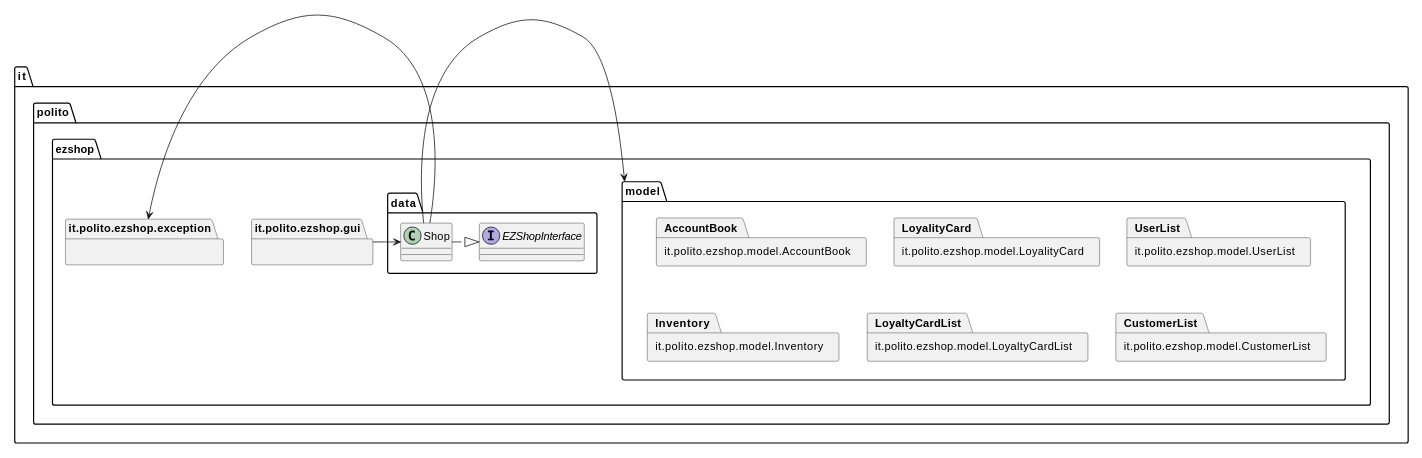
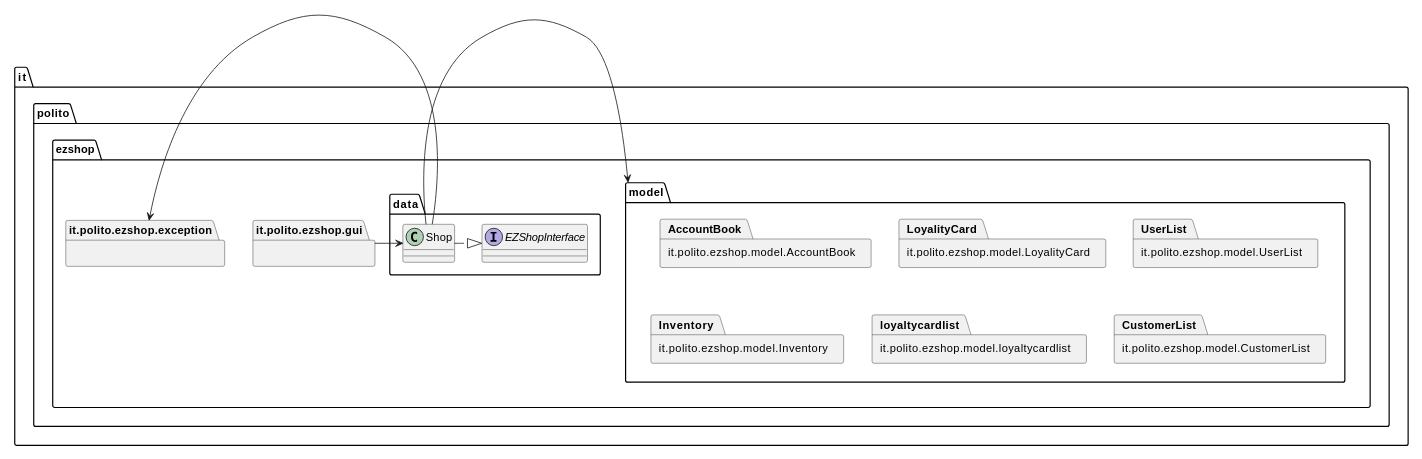
One commit to mkexc/ezshop changed the first of 22 diagrams in Deliverables/DesignDocument.md. Above: the diagram before and after it, drawn with PlantUML. The commit also changed 29 other files, not shown here.

````diff
--- a/Deliverables/DesignDocument.md
+++ b/Deliverables/DesignDocument.md
@@ -25,32 +25,32 @@
 ```plantuml
 @startuml
 scale 1024 width
 top to bottom direction
 allow_mixing
 
 package it.polito.ezshop {
     package it.polito.ezshop.gui {}
     
     package it.polito.ezshop.exception {}
     
     package it.polito.ezshop.model {
         package it.polito.ezshop.model.AccountBook
         package it.polito.ezshop.model.LoyalityCard
         package it.polito.ezshop.model.UserList
         package it.polito.ezshop.model.Inventory
-        package it.polito.ezshop.model.LoyaltyCardList
+        package it.polito.ezshop.model.loyaltycardlist
         package it.polito.ezshop.model.CustomerList
     }
 
     package it.polito.ezshop.data {
         interface it.polito.ezshop.data.EZShopInterface
         class it.polito.ezshop.data.Shop
     }
 }
 
 it.polito.ezshop.data.Shop .|> it.polito.ezshop.data.EZShopInterface
 it.polito.ezshop.model <- it.polito.ezshop.data.Shop
 it.polito.ezshop.data.Shop <- it.polito.ezshop.gui
 it.polito.ezshop.exception <- it.polito.ezshop.data.Shop
 @enduml
 ```
````
